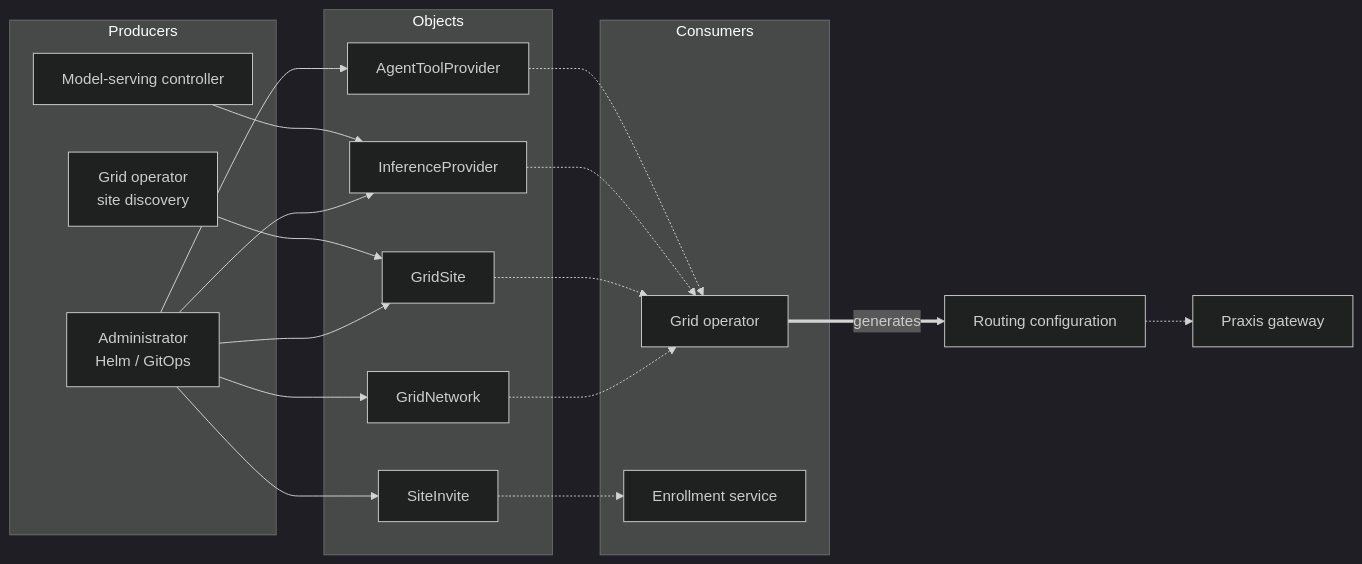
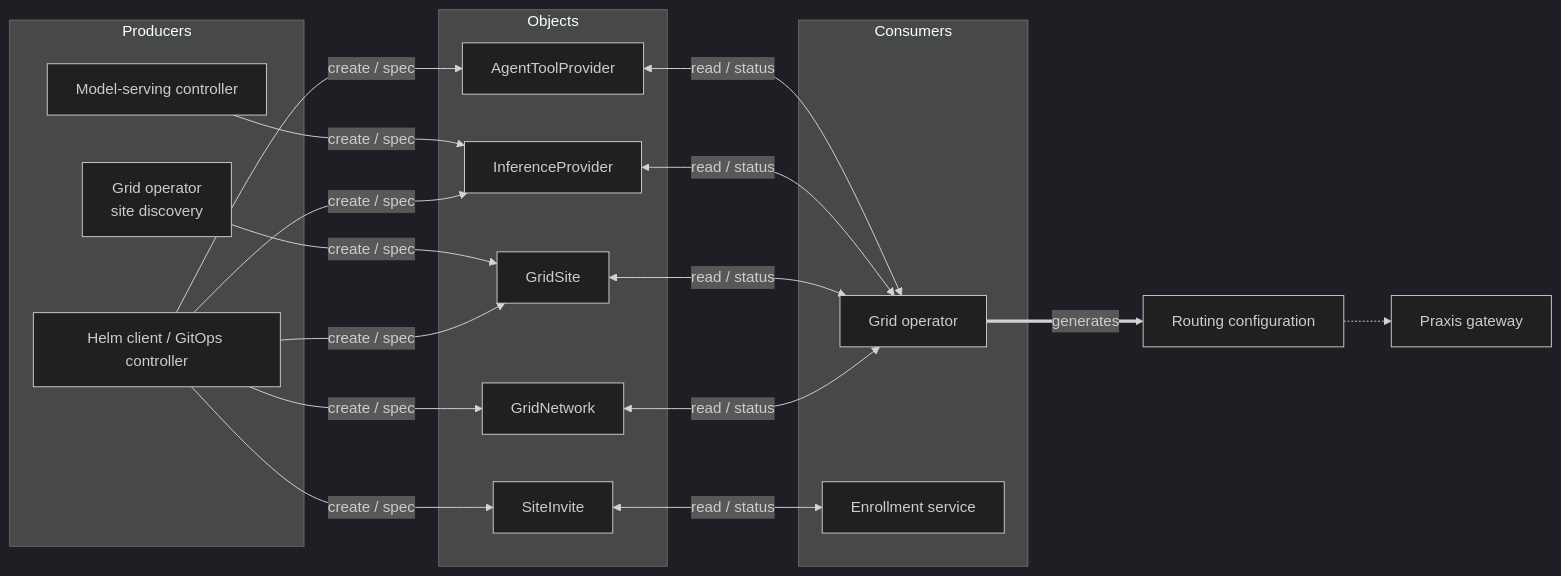
The diagram in docs/architecture/crds/README.md (hexfusion/grid), drawn with Mermaid (dark theme) before and after one commit. The commit also changed other lines of this file and 6 other files, not shown here.

````diff
--- a/docs/architecture/crds/README.md
+++ b/docs/architecture/crds/README.md
@@ -12,29 +12,29 @@
 ```mermaid
 flowchart LR
     subgraph Producers
-        admin["Administrator<br/>Helm / GitOps"]
+        installer["Helm client / GitOps controller"]
         publisher["Model-serving controller"]
         discovery["Grid operator<br/>site discovery"]
     end
 
     subgraph Objects
         network[GridNetwork]
         site[GridSite]
         inference[InferenceProvider]
         tool[AgentToolProvider]
         invite[SiteInvite]
     end
 
     subgraph Consumers
         operator["Grid operator"]
         enrollment["Enrollment service"]
     end
 
-    admin --> network & site & inference & tool & invite
-    publisher --> inference
-    discovery --> site
-    network & site & inference & tool -.-> operator
-    invite -.-> enrollment
+    installer -->|create / spec| network & site & inference & tool & invite
+    publisher -->|create / spec| inference
+    discovery -->|create / spec| site
+    network & site & inference & tool <-->|read / status| operator
+    invite <-->|read / status| enrollment
     operator ==>|generates| config["Routing configuration"]
     config -.-> gateway["Praxis gateway"]
 ```
````
